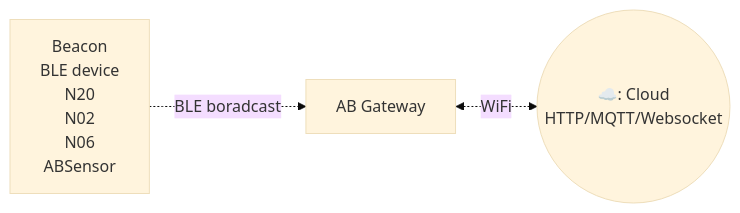
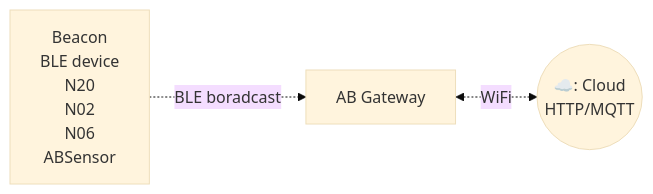
The first of 2 diagrams in src/zh/gateway_c3.md (AprilBrother/wiki.aprbrother), drawn with Mermaid (base theme) before and after one commit. The commit also changed other lines of this file and 8 other files, not shown here.

````diff
--- a/src/zh/gateway_c3.md
+++ b/src/zh/gateway_c3.md
@@ -35,17 +36,17 @@
 ```mermaid
 flowchart LR
 B[AB Gateway]
 bleDevices["
 Beacon
 BLE device
 N20
 N02
 N06
 ABSensor
 "]
 cloud(("☁️: Cloud
-HTTP/MQTT/Websocket
+HTTP/MQTT
 "))
 bleDevices-. BLE boradcast .->B
 B <-. WiFi .-> cloud
 ```
````
